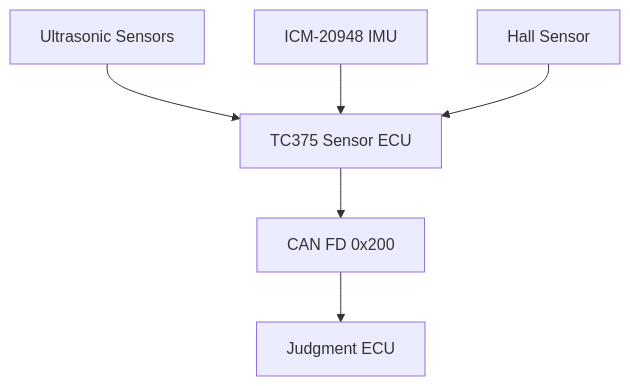
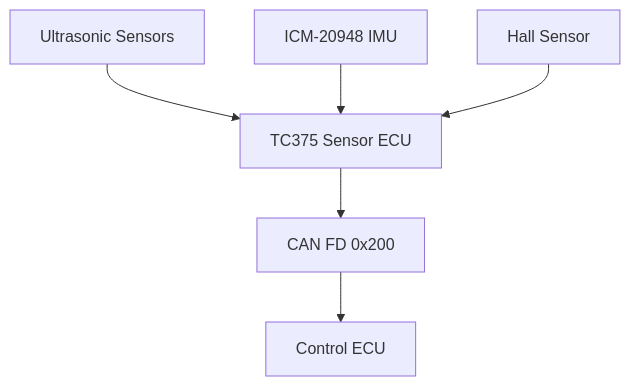
Before and after one commit to PCA-Overdrive/sensor-ecu: the diagram in README.md, drawn with Mermaid.

Commit message:
chore: README.md 수정

````diff
--- a/README.md
+++ b/README.md
@@ -18,8 +18,8 @@
 ```mermaid
 flowchart TD
     US["Ultrasonic Sensors"] --> SensorECU["TC375 Sensor ECU"]
     IMU["ICM-20948 IMU"] --> SensorECU
     HALL["Hall Sensor"] --> SensorECU
     SensorECU --> CAN["CAN FD 0x200"]
-    CAN --> JudgeECU["Judgment ECU"]
+    CAN --> ControlECU["Control ECU"]
 ```
````
